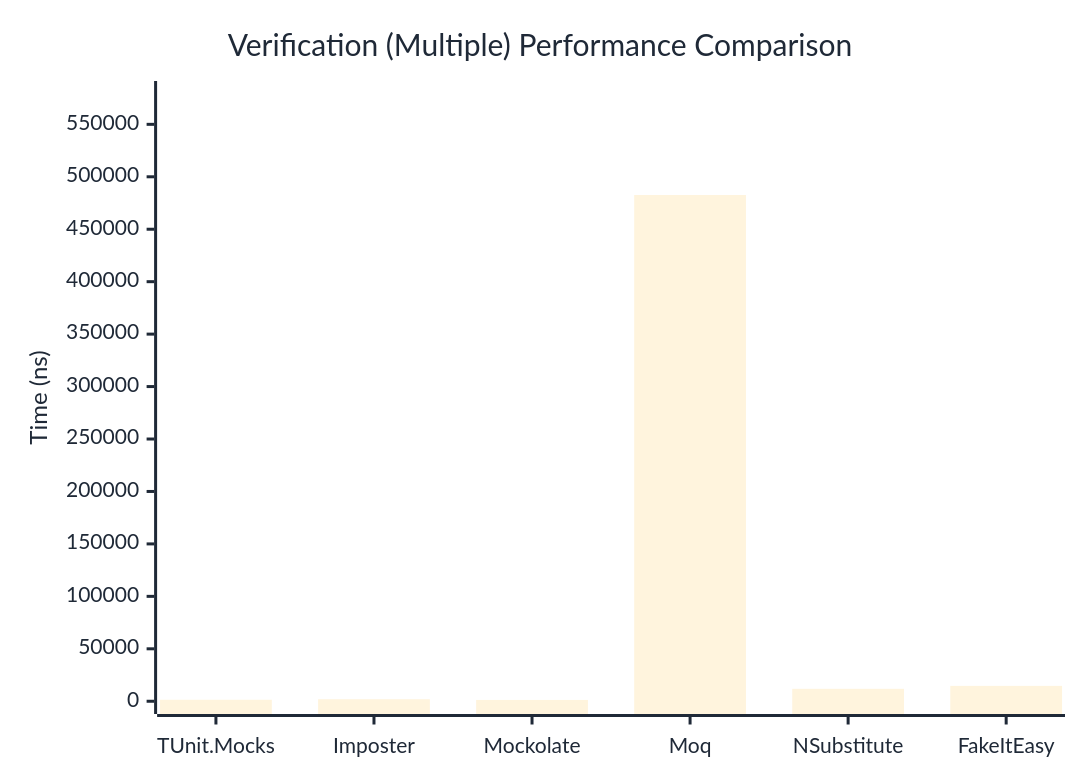
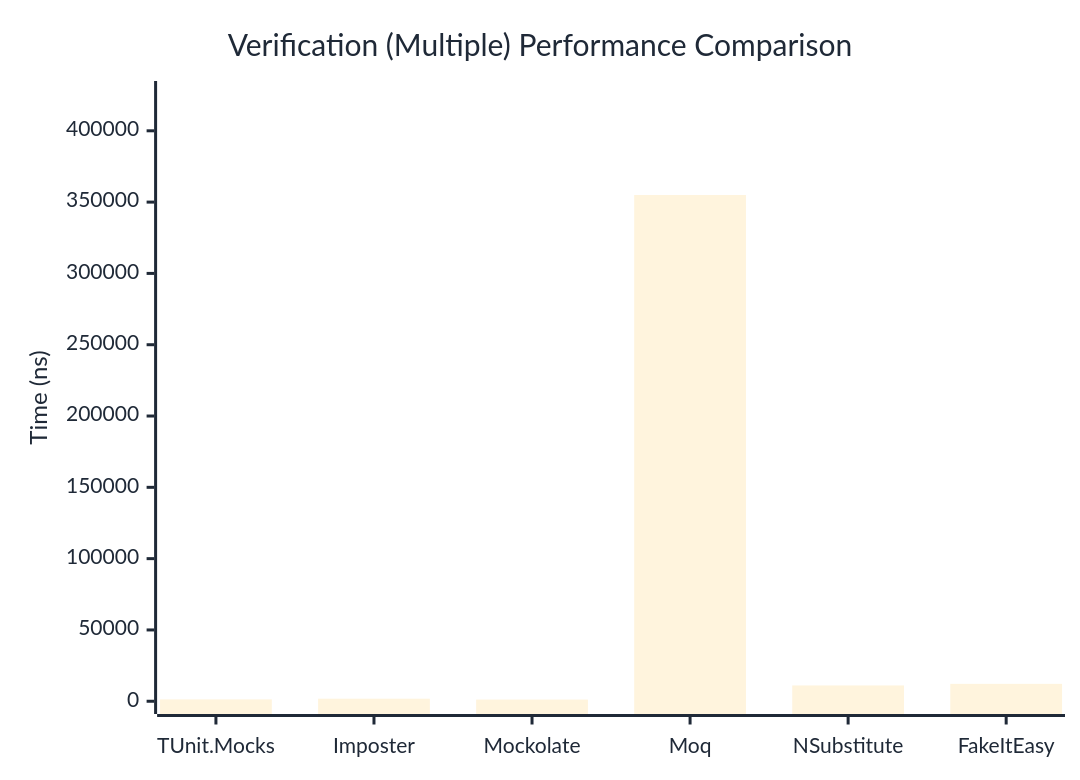
Before and after one commit to thomhurst/TUnit: the third of 3 diagrams in docs/docs/benchmarks/mocks/Verification.md, drawn with Mermaid. The commit also changed other lines of this file and 14 other files, not shown here.

````diff
--- a/docs/docs/benchmarks/mocks/Verification.md
+++ b/docs/docs/benchmarks/mocks/Verification.md
@@ -112,27 +112,27 @@
 ```mermaid
 %%{init: {
   'theme':'base',
   'themeVariables': {
     'primaryColor': '#2563eb',
     'primaryTextColor': '#1f2937',
     'primaryBorderColor': '#1e40af',
     'lineColor': '#6b7280',
     'secondaryColor': '#7c3aed',
     'tertiaryColor': '#dc2626',
     'background': '#ffffff',
     'pie1': '#2563eb',
     'pie2': '#7c3aed',
     'pie3': '#dc2626',
     'pie4': '#f59e0b',
     'pie5': '#10b981',
     'pie6': '#06b6d4',
     'pie7': '#ec4899',
     'pie8': '#6366f1'
   }
 }}%%
 xychart-beta
   title "Verification (Multiple) Performance Comparison"
   x-axis ["TUnit.Mocks", "Imposter", "Mockolate", "Moq", "NSubstitute", "FakeItEasy"]
-  y-axis "Time (ns)" 0 --> 579160
-  bar [1428.06, 1930.48, 1257.34, 482633.15, 11866.06, 14668.11]
+  y-axis "Time (ns)" 0 --> 425980
+  bar [1305.3, 1777.89, 1174.13, 354982.55, 11088.49, 12204.31]
 ```
````
